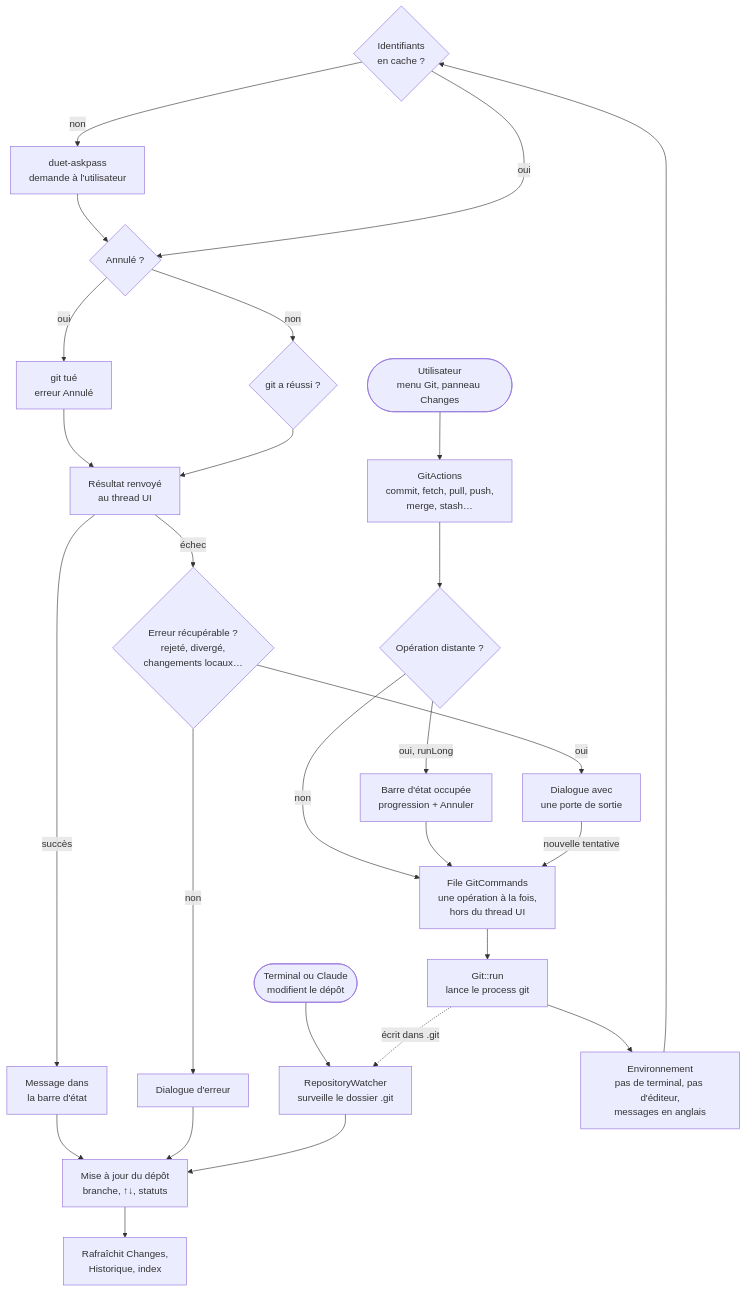
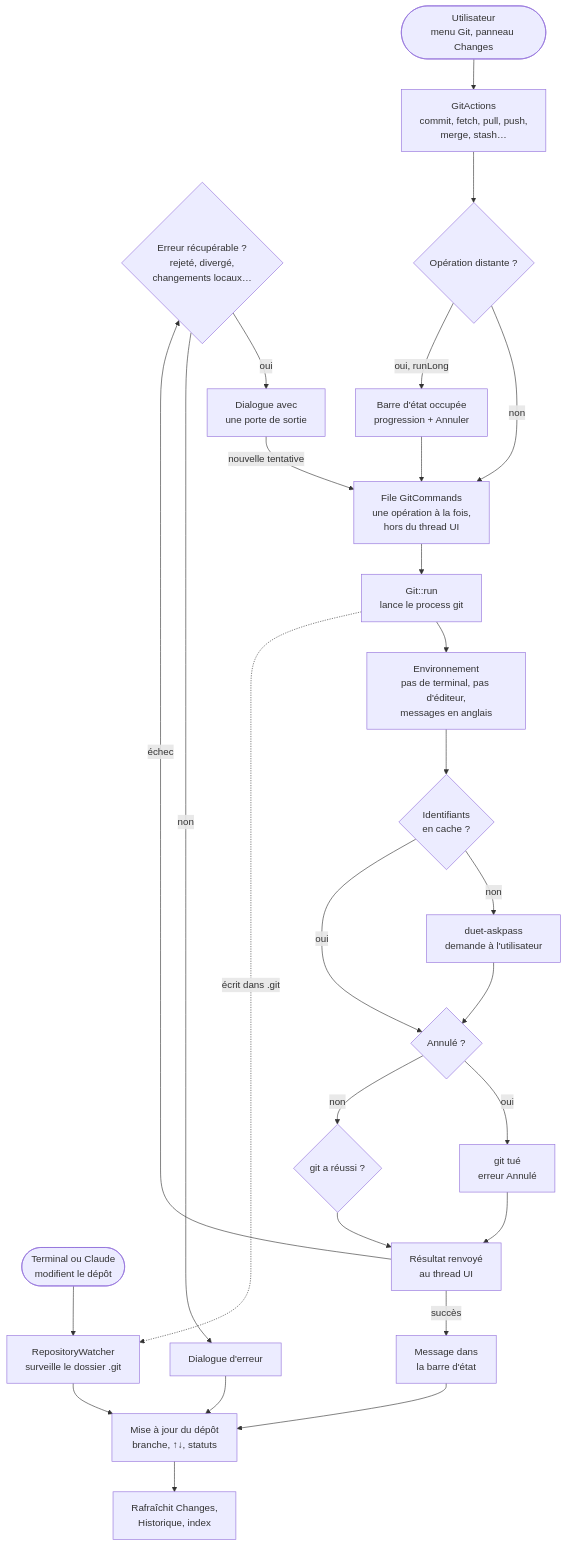
Before and after one commit to EricPonthiaux/Kodamiko: the diagram in docs/gitflow.mmd, drawn with Mermaid. The commit also changed 28 other files, not shown here.

```diff
--- a/docs/gitflow.mmd
+++ b/docs/gitflow.mmd
@@ -1,97 +1,97 @@
 flowchart TB
-  creds{"Identifiants<br/>en cache ?"}
   success["Message dans<br/>la barre d'état"]
   recover{"Erreur récupérable ?<br/>rejeté, divergé,<br/>changements locaux…"}
   wayout["Dialogue avec<br/>une porte de sortie"]
   failed["Dialogue d'erreur"]
   views["Rafraîchit Changes,<br/>Historique, index"]
   run["Git::run<br/>lance le process git"]
-  user(["Utilisateur<br/>menu Git, panneau Changes"])
   actions["GitActions<br/>commit, fetch, pull, push,<br/>merge, stash…"]
   kind{"Opération distante ?"}
   busy["Barre d'état occupée<br/>progression + Annuler"]
   queue["File GitCommands<br/>une opération à la fois,<br/>hors du thread UI"]
   outside(["Terminal ou Claude<br/>modifient le dépôt"])
   watcher["RepositoryWatcher<br/>surveille le dossier .git"]
   env["Environnement<br/>pas de terminal, pas d'éditeur,<br/>messages en anglais"]
-  askpass["duet-askpass<br/>demande à l'utilisateur"]
-  cancel{"Annulé ?"}
   result{"git a réussi ?"}
   kill["git tué<br/>erreur Annulé"]
   back["Résultat renvoyé<br/>au thread UI"]
   refresh["Mise à jour du dépôt<br/>branche, ↑↓, statuts"]
+  askpass["duet-askpass<br/>demande à l'utilisateur"]
+  cancel{"Annulé ?"}
+  user(["Utilisateur<br/>menu Git, panneau Changes"])
+  creds{"Identifiants<br/>en cache ?"}
   user --> actions
   actions --> kind
   kind -->|non| queue
   kind -->|oui, runLong| busy
   busy --> queue
   queue --> run
   run --> env
   env --> creds
   creds -->|non| askpass
   askpass --> cancel
   creds -->|oui| cancel
   cancel -->|oui| kill
   cancel -->|non| result
   kill --> back
   result --> back
   back -->|succès| success
   back -->|échec| recover
   recover -->|oui| wayout
   wayout -->|nouvelle tentative| queue
   recover -->|non| failed
   success --> refresh
   failed --> refresh
   outside --> watcher
   run -.->|écrit dans .git| watcher
   watcher --> refresh
   refresh --> views
 
 %% Layout kept by Duet (positions, sizes, colors, curves)
-%% duet {"key":"creds","x":506,"y":0}
 %% duet {"key":"success","x":0,"y":1089}
 %% duet {"key":"recover","x":119.5,"y":884}
 %% duet {"key":"wayout","x":328,"y":1186}
 %% duet {"key":"failed","x":182,"y":1282.9}
 %% duet {"key":"views","x":152.5,"y":1938.8}
 %% duet {"key":"run","x":497.5,"y":1518.9}
-%% duet {"key":"user","x":614.5,"y":565.1}
 %% duet {"key":"actions","x":595,"y":718.1}
 %% duet {"key":"kind","x":515.5,"y":912}
 %% duet {"key":"busy","x":645.5,"y":1186}
 %% duet {"key":"queue","x":480.5,"y":1371.9}
 %% duet {"key":"outside","x":300,"y":1518.9}
 %% duet {"key":"watcher","x":295.5,"y":1674.9}
 %% duet {"key":"env","x":648,"y":1664.9}
-%% duet {"key":"askpass","x":363.5,"y":214}
-%% duet {"key":"cancel","x":332,"y":341}
 %% duet {"key":"result","x":332,"y":539.1}
 %% duet {"key":"kill","x":167.5,"y":565.1}
 %% duet {"key":"back","x":198,"y":728.1}
 %% duet {"key":"refresh","x":147.5,"y":1811.9}
-%% duet {"c":[713.2,633.4,709.5,654.4,704.7,682,700.5,706.1],"e":[698.5,717.6],"link":"user>actions","n":0}
-%% duet {"c":[688.1,806.4,686.2,833.8,683.8,870,681.7,901.4],"e":[680.9,913.1],"link":"actions>kind","n":0}
-%% duet {"c":[652.1,1022.9,632.1,1065.2,605.1,1128.1,591,1186,576.8,1244.2,571.6,1312.8,569.9,1359.7],"e":[569.5,1371.7],"link":"kind>queue","lp":[607.5,1220],"n":0}
-%% duet {"c":[689.3,1027.9,699.1,1072,712.8,1133.1,722,1174.2],"e":[724.6,1185.8],"link":"kind>busy","lp":[757.2,1123],"n":0}
-%% duet {"c":[704,1254.3,679,1284,642,1328.1,613.1,1362.5],"e":[605.5,1371.5],"link":"busy>queue","n":0}
-%% duet {"c":[570.6,1460.4,571.2,1475.3,571.8,1492.1,572.3,1507.2],"e":[572.8,1518.8],"link":"queue>run","n":0}
-%% duet {"c":[614.1,1587.3,638.6,1607.7,670.3,1634.1,697.8,1657],"e":[707,1664.6],"link":"run>env","n":0}
-%% duet {"c":[833.1,1664.4,868.4,1637.7,903,1599.8,903,1553.9,903,247,903,247,903,247,903,159.7,804.3,113.2,724.7,89.9],"e":[713.6,86.8],"link":"env>creds","n":0}
-%% duet {"c":[583.9,112.1,556.2,140.5,520.1,177.4,492.7,205.4],"e":[484.5,213.8],"link":"creds>askpass","lp":[545.1,175],"n":0}
-%% duet {"c":[452,282.2,452,295.9,452,312.5,452,328.7],"e":[452,340.5],"link":"askpass>cancel","n":0}
-%% duet {"c":[615.4,130.3,605.9,174.6,589.2,234.6,562,282,546.7,308.6,524.4,334,503.9,354.4],"e":[495.5,362.5],"link":"creds>cancel","lp":[606.7,248],"n":0}
-%% duet {"c":[408.8,439.8,370.4,473.4,314.3,522.5,274.9,557],"e":[266.2,564.6],"link":"cancel>kill","lp":[361.2,500],"n":0}
-%% duet {"c":[452,461.4,452,481.9,452,505.1,452,526.6],"e":[452,538.6],"link":"cancel>result","lp":[468.5,500],"n":0}
-%% duet {"c":[236.3,633.4,242.2,657.4,250.3,689.9,256.8,716.2],"e":[259.7,727.7],"link":"kill>back","n":0}
-%% duet {"c":[408.8,637.8,380.6,662.5,343.8,694.7,314.9,720],"e":[306.2,727.6],"link":"result>back","n":0}
-%% duet {"c":[197.8,795.9,162.2,816.2,121.6,845.8,98,884,61.4,943.4,56.7,1026.4,58,1077],"e":[58.4,1088.9],"link":"back>success","lp":[164,845],"n":0}
-%% duet {"c":[272.5,796.5,275.4,818.5,279.5,848.5,283.4,877.4],"e":[285,889.2],"link":"back>recover","lp":[302.3,845],"n":0}
-%% duet {"c":[327.7,1044.5,346.3,1086.7,369.4,1138.7,385.5,1174.9],"e":[390.2,1185.6],"link":"recover>wayout","lp":[390.3,1123],"n":0}
-%% duet {"c":[403.3,1254.4,403.6,1280.9,408,1317.5,427,1342.9,438.2,1358,453.5,1370.1,469.8,1379.8],"e":[480.1,1385.6],"link":"wayout>queue","lp":[482,1312.9],"n":0}
-%% duet {"c":[285.8,1055.1,277.4,1123.4,265.6,1217.9,259,1271.1],"e":[257.6,1282.8],"link":"recover>failed","lp":[297.7,1123],"n":0}
-%% duet {"c":[84.5,1157.2,107.8,1193.5,140,1254.1,140,1311.9,140,1311.9,140,1311.9,140,1709.9,140,1745.1,161.5,1778.2,183.5,1802.7],"e":[191.6,1811.4],"link":"success>refresh","n":0}
-%% duet {"c":[247.5,1343.2,240.4,1377.8,230,1437.3,230,1488.9,230,1488.9,230,1488.9,230,1709.9,230,1739.8,230,1773.5,230,1799.7],"e":[230,1811.6],"link":"failed>refresh","n":0}
-%% duet {"c":[378.1,1587.3,378.8,1609.4,379.7,1638.6,380.5,1662.8],"e":[380.9,1674.5],"link":"outside>watcher","n":0}
-%% duet {"c":[532.3,1587.3,503.1,1610.7,464,1642.1,432.9,1667],"e":[423.6,1674.5],"link":"run>watcher","lp":[537.7,1625.9],"n":0}
-%% duet {"c":[344.4,1743.2,323.9,1761.5,298.2,1784.3,276.4,1803.6],"e":[267.7,1811.4],"link":"watcher>refresh","n":0}
-%% duet {"c":[230,1880,230,1894.3,230,1911.2,230,1926.6],"e":[230,1938.5],"link":"refresh>views","n":0}
+%% duet {"key":"askpass","x":315.9,"y":200}
+%% duet {"key":"cancel","x":332,"y":341}
+%% duet {"key":"user","x":614.5,"y":565.1}
+%% duet {"fill":"#4527a0","key":"creds","x":506,"y":0}
+%% duet {"c":[713.1,633.3,709.5,654.5,704.7,682.2,700.6,706.5],"e":[698.6,717.8],"link":"user>actions","n":0}
+%% duet {"c":[688,806.4,686.2,834,683.8,870.2,681.7,901.7],"e":[680.9,913.1],"link":"actions>kind","n":0}
+%% duet {"c":[663.5,1027.3,642.8,1112.6,603.2,1275.3,582.5,1360.6],"e":[579.8,1371.6],"link":"kind>queue","lp":[607.5,1220],"n":0}
+%% duet {"c":[689.3,1027.7,699.2,1071.9,712.7,1133,721.9,1174.4],"e":[724.4,1185.5],"link":"kind>busy","lp":[757.2,1123],"n":0}
+%% duet {"c":[703.6,1254.1,678.6,1284.1,641.9,1328.3,613.1,1362.9],"e":[605.9,1371.5],"link":"busy>queue","n":0}
+%% duet {"c":[570.6,1460.4,571.2,1475.4,571.8,1492.3,572.3,1507.4],"e":[572.7,1518.6],"link":"queue>run","n":0}
+%% duet {"c":[614.6,1587.1,639,1607.7,670.5,1634.2,697.8,1657.3],"e":[706.5,1664.7],"link":"run>env","n":0}
+%% duet {"c":[770.1,1664.5,807.1,1510,918.3,982.8,827.2,561.4,792.1,399,707.2,221.7,659.7,130.3],"e":[654.4,120.1],"link":"env>creds","n":0}
+%% duet {"c":[574.1,106.9,539.7,132.7,494.6,166.5,459.6,192.8],"e":[450.4,199.6],"link":"creds>askpass","n":0}
+%% duet {"c":[414.2,268.2,419.8,288.1,427.1,313.7,433.8,337.2],"e":[436.9,348.1],"link":"askpass>cancel","n":0}
+%% duet {"c":[598.4,120.8,568.6,178,520.8,269.4,488,332.2],"e":[477,353.1],"link":"creds>cancel","lp":[606.7,248],"n":0,"width":4}
+%% duet {"c":[408.3,439.7,370,473.5,314.6,522.5,275.4,557.2],"e":[266.7,564.8],"link":"cancel>kill","lp":[361.2,500],"n":0}
+%% duet {"c":[452,461.5,452,482.3,452,505.7,452,527.2],"e":[452,538.6],"link":"cancel>result","lp":[468.5,500],"n":0}
+%% duet {"c":[236.4,633.3,242.3,657.5,250.4,690.4,256.9,716.8],"e":[259.6,727.7],"link":"kill>back","n":0}
+%% duet {"c":[408.4,637.7,380.3,662.6,343.9,694.9,315.2,720.3],"e":[306.9,727.6],"link":"result>back","n":0}
+%% duet {"c":[237.5,796.5,203.8,835.9,149.9,903.4,115.2,968.8,96.6,1003.8,82.2,1046.4,72.9,1078],"e":[69.9,1088.7],"link":"back>success","lp":[164,845],"n":0}
+%% duet {"c":[272.6,796.3,275.5,818.7,279.6,849,283.5,878.2],"e":[285,889.3],"link":"back>recover","lp":[302.3,845],"n":0}
+%% duet {"c":[327.8,1044.4,346.5,1086.8,369.4,1139,385.4,1175.5],"e":[390,1185.8],"link":"recover>wayout","lp":[390.3,1123],"n":0}
+%% duet {"c":[433.6,1254.1,458.7,1284.1,495.7,1328.3,524.6,1362.9],"e":[531.8,1371.5],"link":"wayout>queue","lp":[482,1312.9],"n":0}
+%% duet {"c":[285.7,1055.4,277.3,1123.7,265.7,1217.6,259.1,1271.1],"e":[257.7,1282.5],"link":"recover>failed","lp":[297.7,1123],"n":0}
+%% duet {"c":[69,1157.4,96.7,1275.8,188.2,1667.1,219.4,1800.7],"e":[222,1811.7],"link":"success>refresh","n":0}
+%% duet {"c":[252.6,1343.1,248.6,1432.1,236.8,1694.1,232,1800.4],"e":[231.5,1811.6],"link":"failed>refresh","n":0}
+%% duet {"c":[378.1,1587.1,378.8,1609.4,379.7,1638.7,380.5,1663],"e":[380.9,1674.5],"link":"outside>watcher","n":0}
+%% duet {"c":[531.9,1587.1,502.8,1610.7,464.1,1642.2,433.2,1667.3],"e":[424.4,1674.5],"link":"run>watcher","lp":[537.7,1625.9],"n":0}
+%% duet {"c":[344,1743.1,323.5,1761.6,298.1,1784.5,276.4,1804.1],"e":[268,1811.6],"link":"watcher>refresh","n":0}
+%% duet {"c":[230,1880.2,230,1894.6,230,1911.6,230,1927],"e":[230,1938.4],"link":"refresh>views","n":0}
```
